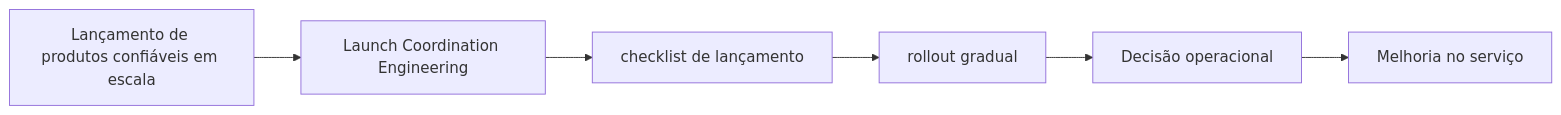
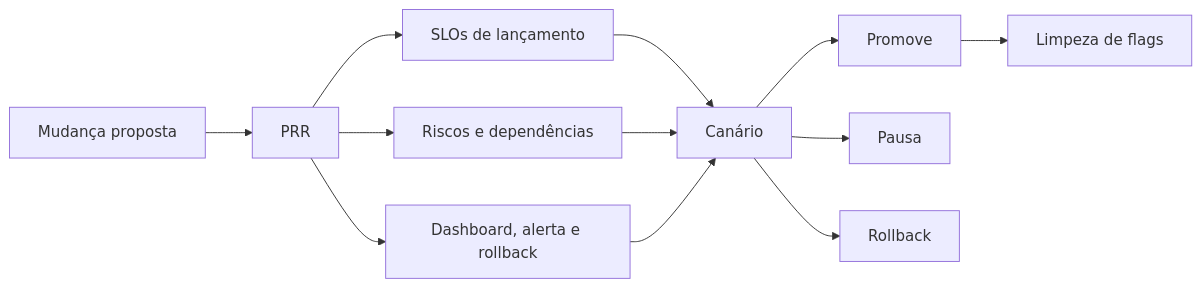
Before and after one commit to rafaelrezo/curso-engenharia-confiabilidade: the diagram in docs/capitulos/capitulo-18.md, drawn with Mermaid. The commit also changed other lines of this file and 31 other files, not shown here.

````diff
--- a/docs/capitulos/capitulo-18.md
+++ b/docs/capitulos/capitulo-18.md
@@ -113,8 +145,14 @@
 ```mermaid
 flowchart LR
-    Tema["Lançamento de produtos confiáveis em escala"] --> C1["Launch Coordination Engineering"]
-    C1 --> C2["checklist de lançamento"]
-    C2 --> C3["rollout gradual"]
-    C3 --> Decisao["Decisão operacional"]
-    Decisao --> Acao["Melhoria no serviço"]
+    Mudanca["Mudança proposta"] --> PRR["PRR"]
+    PRR --> SLO["SLOs de lançamento"]
+    PRR --> Risco["Riscos e dependências"]
+    PRR --> Operacao["Dashboard, alerta e rollback"]
+    SLO --> Canary["Canário"]
+    Risco --> Canary
+    Operacao --> Canary
+    Canary --> Promove["Promove"]
+    Canary --> Pausa["Pausa"]
+    Canary --> Rollback["Rollback"]
+    Promove --> Limpeza["Limpeza de flags"]
 ```
````
